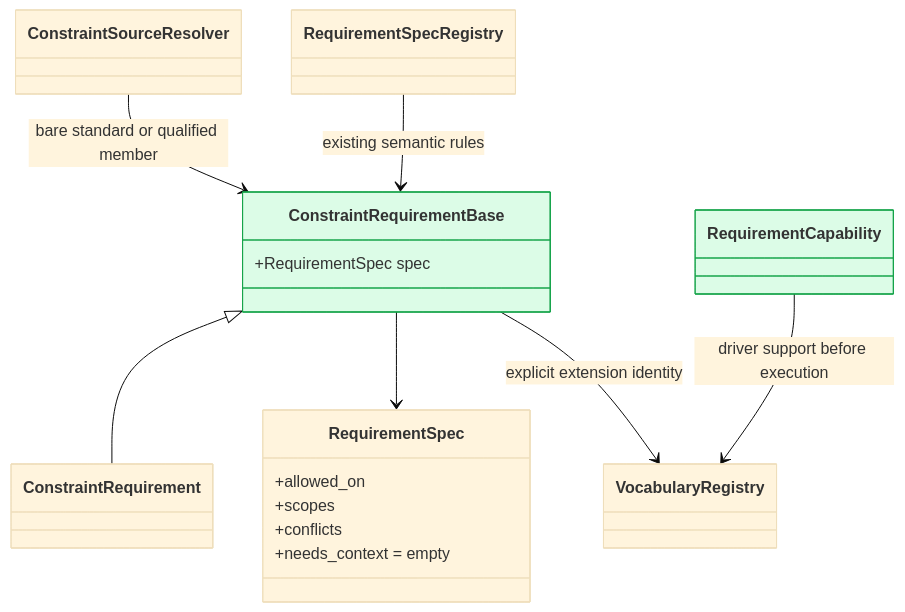
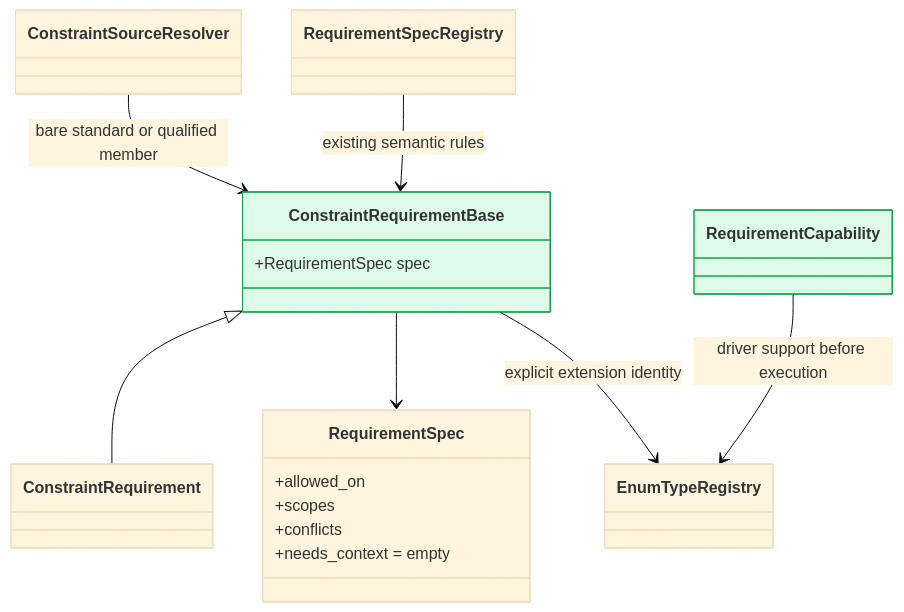
Before and after one commit to culsma/culsma: diagram 14 of 17 in docs/architecture/pipeline/validate_module_diagrams.md, drawn with Mermaid (base theme). The commit also changed other lines of this file and 55 other files, not shown here.

````diff
--- a/docs/architecture/pipeline/validate_module_diagrams.md
+++ b/docs/architecture/pipeline/validate_module_diagrams.md
@@ -754,21 +755,21 @@
 ```mermaid
 classDiagram
     class ConstraintRequirementBase {
         +RequirementSpec spec
     }
     class ConstraintRequirement
     ConstraintRequirementBase <|-- ConstraintRequirement
     class RequirementSpec {
         +allowed_on
         +scopes
         +conflicts
         +needs_context = empty
     }
     ConstraintRequirementBase --> RequirementSpec
-    ConstraintRequirementBase --> VocabularyRegistry : explicit extension identity
+    ConstraintRequirementBase --> EnumTypeRegistry : explicit extension identity
     ConstraintSourceResolver --> ConstraintRequirementBase : bare standard or qualified member
     RequirementSpecRegistry --> ConstraintRequirementBase : existing semantic rules
-    RequirementCapability --> VocabularyRegistry : driver support before execution
+    RequirementCapability --> EnumTypeRegistry : driver support before execution
     style ConstraintRequirementBase fill:#dcfce7,stroke:#16a34a
     style RequirementCapability fill:#dcfce7,stroke:#16a34a
 ```
````
